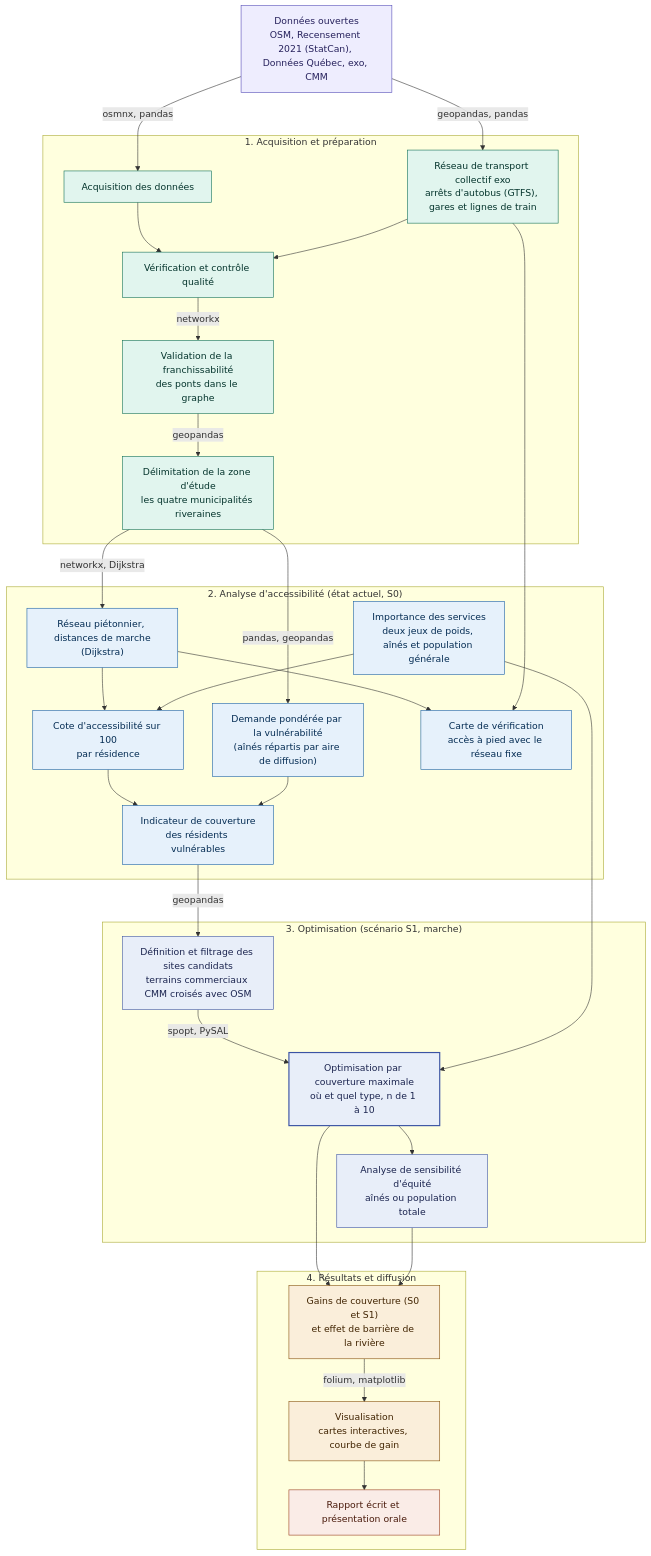
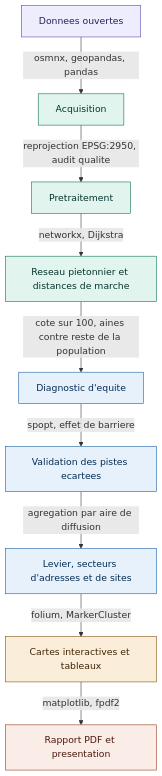
Before and after one commit to girm8601/GMQ580_PS_MGiraldeau: the diagram in README.md, drawn with Mermaid. The commit also changed other lines of this file and 3 other files, not shown here.

````diff
--- a/README.md
+++ b/README.md
@@ -51,75 +67,21 @@
 ```mermaid
 flowchart TD
-    A["Données ouvertes<br/>OSM, Recensement 2021 (StatCan), Données Québec, exo, CMM"]
-
-    subgraph P1["1. Acquisition et préparation"]
-        B["Acquisition des données"]
-        T["Réseau de transport collectif exo<br/>arrêts d'autobus (GTFS), gares et lignes de train"]
-        C["Vérification et contrôle qualité"]
-        D["Validation de la franchissabilité<br/>des ponts dans le graphe"]
-        E["Délimitation de la zone d'étude<br/>les quatre municipalités riveraines"]
-    end
-
-    subgraph P2["2. Analyse d'accessibilité (état actuel, S0)"]
-        F["Réseau piétonnier, distances de marche<br/>(Dijkstra)"]
-        W["Importance des services<br/>deux jeux de poids, aînés et population générale"]
-        G["Cote d'accessibilité sur 100<br/>par résidence"]
-        I["Demande pondérée par la vulnérabilité<br/>(aînés répartis par aire de diffusion)"]
-        H["Indicateur de couverture<br/>des résidents vulnérables"]
-        TA["Carte de vérification<br/>accès à pied avec le réseau fixe"]
-    end
-
-    subgraph P3["3. Optimisation (scénario S1, marche)"]
-        J["Définition et filtrage des sites candidats<br/>terrains commerciaux CMM croisés avec OSM"]
-        K["Optimisation par couverture maximale<br/>où et quel type, n de 1 à 10"]
-        L["Analyse de sensibilité d'équité<br/>aînés ou population totale"]
-    end
-
-    subgraph P4["4. Résultats et diffusion"]
-        M["Gains de couverture (S0 et S1)<br/>et effet de barrière de la rivière"]
-        N["Visualisation<br/>cartes interactives, courbe de gain"]
-        O["Rapport écrit et présentation orale"]
-    end
-
-    A -->|"osmnx, pandas"| B
-    A -->|"geopandas, pandas"| T
-    B --> C
-    T --> C
-    C -->|"networkx"| D
-    D -->|"geopandas"| E
-    E -->|"networkx, Dijkstra"| F
-    E -->|"pandas, geopandas"| I
-    F --> G
-    W --> G
-    F --> TA
-    T --> TA
-    G --> H
-    I --> H
-    H -->|"geopandas"| J
-    J -->|"spopt, PySAL"| K
-    W --> K
-    K --> L
-    K --> M
-    L --> M
-    M -->|"folium, matplotlib"| N
-    N --> O
+    A[Donnees ouvertes] -->|osmnx, geopandas, pandas| B[Acquisition]
+    B -->|reprojection EPSG:2950, audit qualite| C[Pretraitement]
+    C -->|networkx, Dijkstra| D[Reseau pietonnier et distances de marche]
+    D -->|cote sur 100, aines contre reste de la population| E[Diagnostic d'equite]
+    E -->|spopt, effet de barriere| F[Validation des pistes ecartees]
+    F -->|agregation par aire de diffusion| G[Levier, secteurs d'adresses et de sites]
+    G -->|folium, MarkerCluster| H[Cartes interactives et tableaux]
+    H -->|matplotlib, fpdf2| I[Rapport PDF et presentation]
 
     style A fill:#EEEDFE,stroke:#534AB7,color:#26215C
     style B fill:#E1F5EE,stroke:#0F6E56,color:#04342C
-    style T fill:#E1F5EE,stroke:#0F6E56,color:#04342C
     style C fill:#E1F5EE,stroke:#0F6E56,color:#04342C
     style D fill:#E1F5EE,stroke:#0F6E56,color:#04342C
-    style E fill:#E1F5EE,stroke:#0F6E56,color:#04342C
+    style E fill:#E6F1FB,stroke:#185FA5,color:#042C53
     style F fill:#E6F1FB,stroke:#185FA5,color:#042C53
-    style W fill:#E6F1FB,stroke:#185FA5,color:#042C53
     style G fill:#E6F1FB,stroke:#185FA5,color:#042C53
-    style TA fill:#E6F1FB,stroke:#185FA5,color:#042C53
-    style H fill:#E6F1FB,stroke:#185FA5,color:#042C53
-    style I fill:#E6F1FB,stroke:#185FA5,color:#042C53
-    style J fill:#E8EEF9,stroke:#3B53A4,color:#1B244F
-    style K fill:#E8EEF9,stroke:#3B53A4,color:#1B244F,stroke-width:2px
-    style L fill:#E8EEF9,stroke:#3B53A4,color:#1B244F
-    style M fill:#FAEEDA,stroke:#854F0B,color:#412402
-    style N fill:#FAEEDA,stroke:#854F0B,color:#412402
-    style O fill:#FAECE7,stroke:#993C1D,color:#4A1B0C
+    style H fill:#FAEEDA,stroke:#854F0B,color:#412402
+    style I fill:#FAECE7,stroke:#993C1D,color:#4A1B0C
 ```
````
